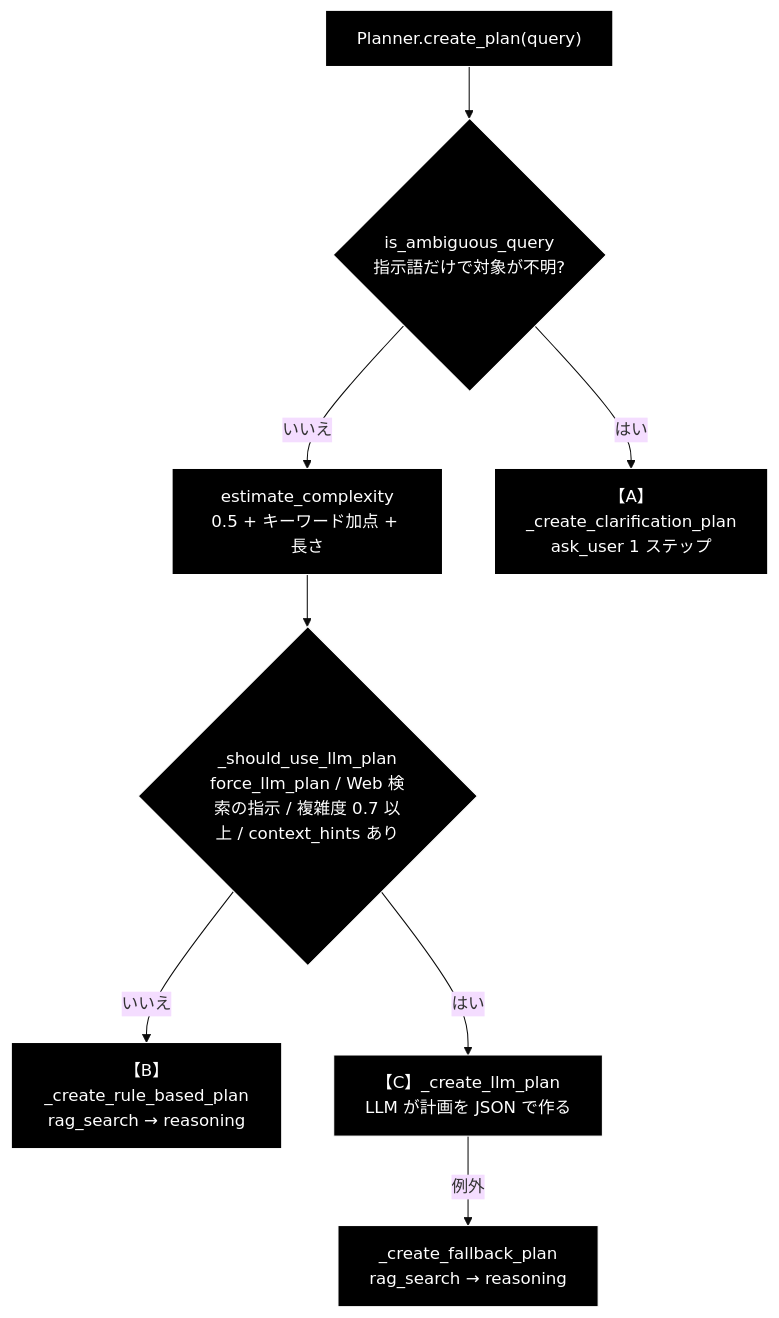
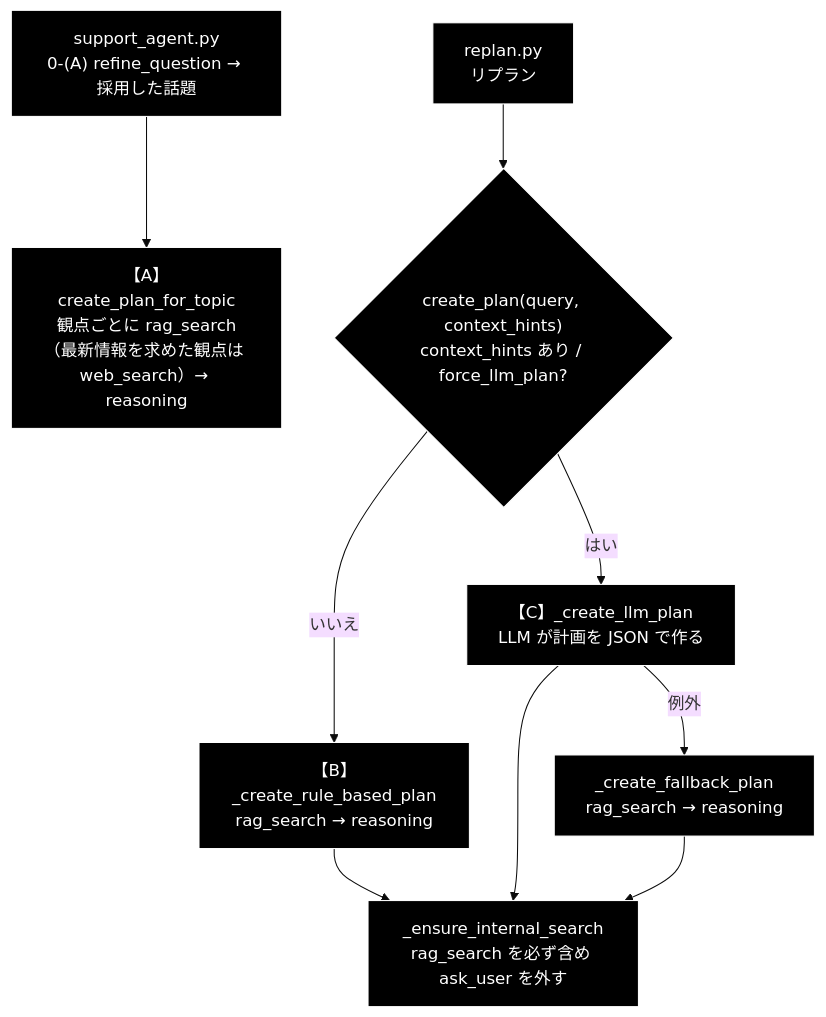
The second of 3 diagrams in tests/docs/start_planner.md (nakashima2toshio/grace_v2), drawn with Mermaid (base theme) before and after one commit. The commit also changed other lines of this file and 25 other files, not shown here.

````diff
--- a/tests/docs/start_planner.md
+++ b/tests/docs/start_planner.md
@@ -218,21 +224,22 @@
 ```mermaid
 flowchart TB
-    START["Planner.create_plan(query)"]
-    AMB{"is_ambiguous_query<br>指示語だけで対象が不明?"}
-    CPX["estimate_complexity<br>0.5 + キーワード加点 + 長さ"]
-    LLMQ{"_should_use_llm_plan<br>force_llm_plan / Web 検索の指示 / 複雑度 0.7 以上 / context_hints あり"}
-    A["【A】_create_clarification_plan<br>ask_user 1 ステップ"]
+    CORE["support_agent.py<br>0-(A) refine_question → 採用した話題"]
+    A["【A】create_plan_for_topic<br>観点ごとに rag_search（最新情報を求めた観点は web_search）→ reasoning"]
+    REP["replan.py<br>リプラン"]
+    CP{"create_plan(query, context_hints)<br>context_hints あり / force_llm_plan?"}
     B["【B】_create_rule_based_plan<br>rag_search → reasoning"]
     C["【C】_create_llm_plan<br>LLM が計画を JSON で作る"]
     FB["_create_fallback_plan<br>rag_search → reasoning"]
-    START --> AMB
-    AMB -->|"はい"| A
-    AMB -->|"いいえ"| CPX
-    CPX --> LLMQ
-    LLMQ -->|"いいえ"| B
-    LLMQ -->|"はい"| C
+    ENS["_ensure_internal_search<br>rag_search を必ず含め ask_user を外す"]
+    CORE --> A
+    REP --> CP
+    CP -->|"いいえ"| B
+    CP -->|"はい"| C
     C -->|"例外"| FB
+    B --> ENS
+    C --> ENS
+    FB --> ENS
 classDef default fill:#000,stroke:#fff,color:#fff
 classDef subgraphStyle fill:#1a1a1a,stroke:#fff,color:#fff
-class START,AMB,CPX,LLMQ,A,B,C,FB default
+class CORE,A,REP,CP,B,C,FB,ENS default
 ```
````
